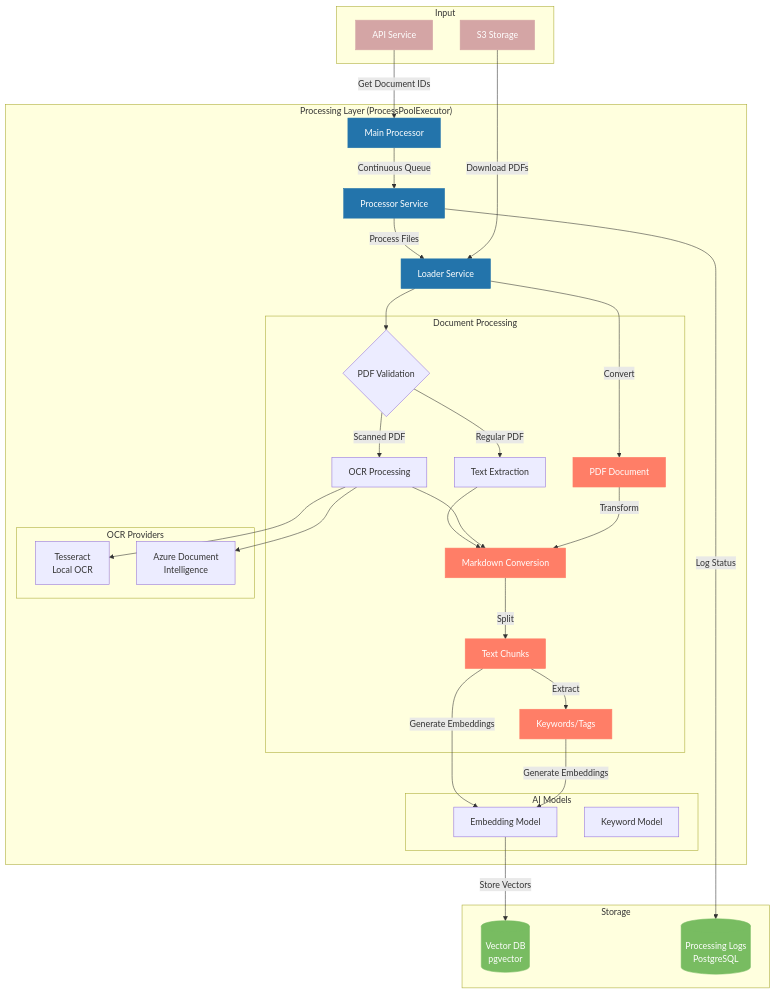
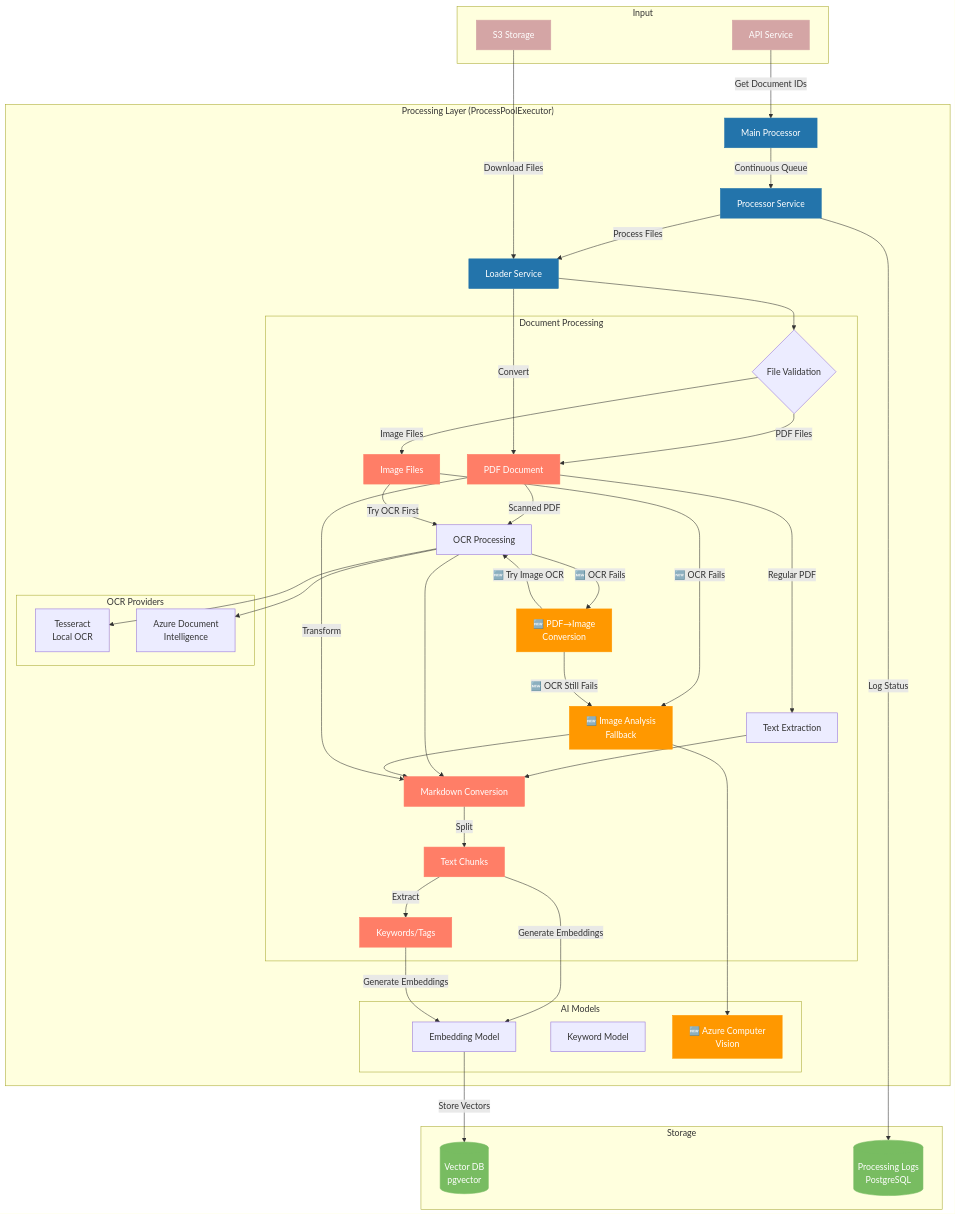
The first of 5 diagrams in tools/embedder/DOCUMENTATION.md (bcgov/EPIC.search), drawn with Mermaid before and after one commit. The commit also changed other lines of this file and 2 other files, not shown here.

Commit message:
update docs - and add fallback for potential pdf files that are scanned images

````diff
--- a/tools/embedder/DOCUMENTATION.md
+++ b/tools/embedder/DOCUMENTATION.md
@@ -112,9 +112,12 @@
         
         subgraph Document Processing
             PDF[PDF Document]
-            VAL{PDF Validation}
+            IMG[Image Files]
+            VAL{File Validation}
             TXT[Text Extraction]
             OCR[OCR Processing]
+            IMGCONV[🆕 PDF→Image<br/>Conversion]
+            IMGANALYSIS[🆕 Image Analysis<br/>Fallback]
             MD[Markdown Conversion]
             chunks[Text Chunks]
             KW[Keywords/Tags]
@@ -123,6 +126,7 @@
         subgraph AI Models
             EM[Embedding Model]
             KM[Keyword Model]
+            VISION[🆕 Azure Computer<br/>Vision]
         end
         
         subgraph OCR Providers
@@ -140,14 +144,23 @@
     API -->|Get Document IDs| MP
     MP -->|Continuous Queue| PS
     PS -->|Process Files| LS
-    S3 -->|Download PDFs| LS
+    S3 -->|Download Files| LS
     LS --> VAL
-    VAL -->|Regular PDF| TXT
-    VAL -->|Scanned PDF| OCR
+    VAL -->|PDF Files| PDF
+    VAL -->|Image Files| IMG
+    PDF -->|Regular PDF| TXT
+    PDF -->|Scanned PDF| OCR
+    IMG -->|Try OCR First| OCR
     OCR --> TESS
     OCR --> AZURE
+    OCR -->|🆕 OCR Fails| IMGCONV
+    IMG -->|🆕 OCR Fails| IMGANALYSIS
+    IMGCONV -->|🆕 Try Image OCR| OCR
+    IMGCONV -->|🆕 OCR Still Fails| IMGANALYSIS
+    IMGANALYSIS --> VISION
     TXT --> MD
     OCR --> MD
+    IMGANALYSIS --> MD
     LS -->|Convert| PDF
     PDF -->|Transform| MD
     MD -->|Split| chunks
@@ -162,9 +175,11 @@
     classDef secondary fill:#ff7e67,stroke:#ff7e67,color:#fff
     classDef storage fill:#78bc61,stroke:#78bc61,color:#fff
     classDef input fill:#d4a5a5,stroke:#d4a5a5,color:#fff
+    classDef new fill:#FF9800,stroke:#FF9800,color:#fff
     
     class MP,PS,LS primary
-    class PDF,MD,chunks,KW secondary
+    class PDF,IMG,MD,chunks,KW secondary
     class VDB,LDB storage
     class API,S3 input
+    class IMGCONV,IMGANALYSIS,VISION new
 ```
````
